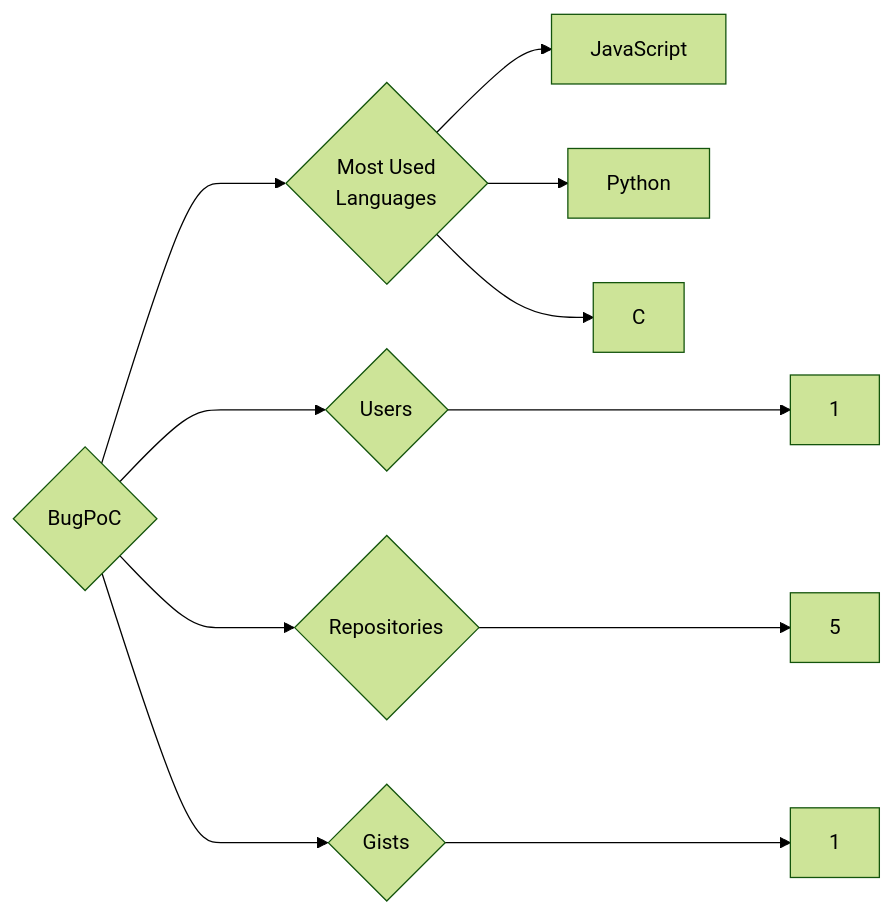
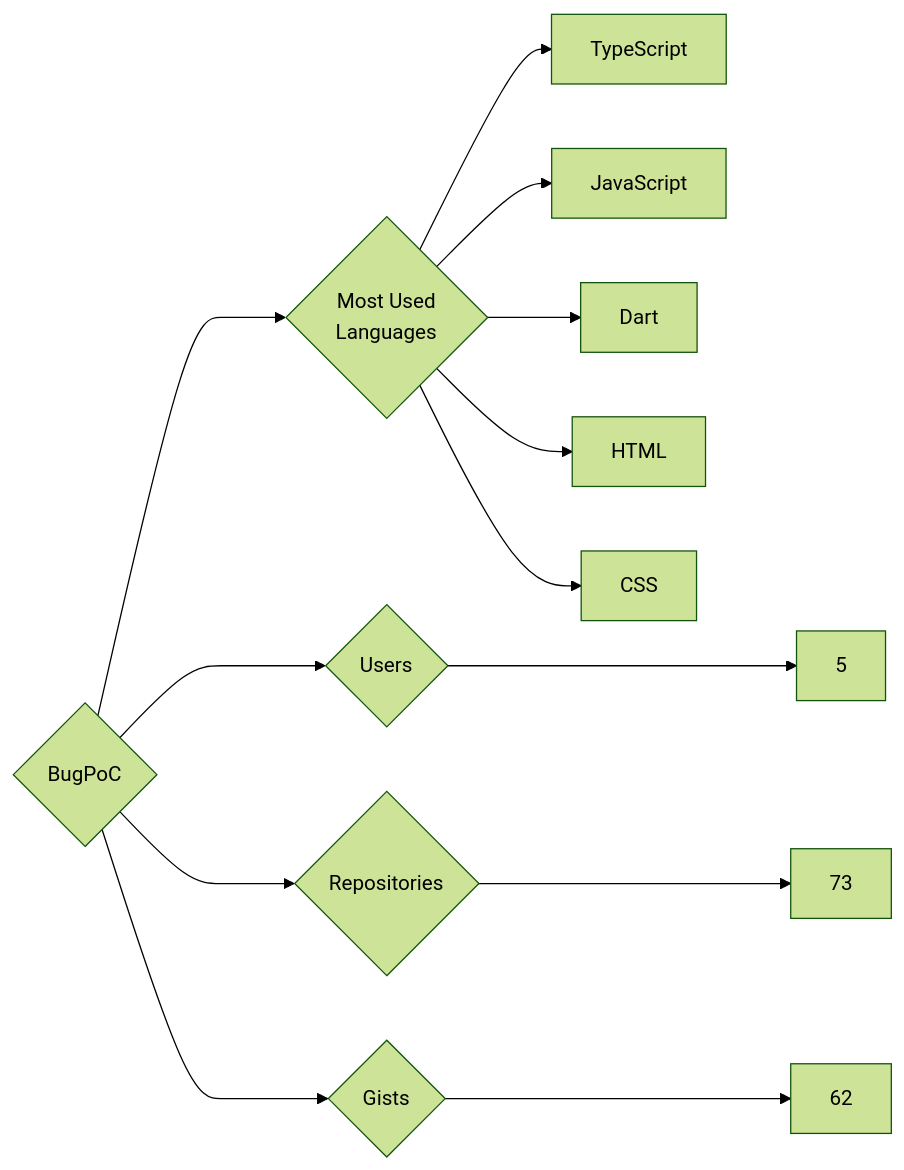
The diagram in targets/BugPoC/README.md (trickest/insiders), drawn with Mermaid (forest theme) before and after one commit. The commit also changed 1084 other files, not shown here.

````diff
--- a/targets/BugPoC/README.md
+++ b/targets/BugPoC/README.md
@@ -3,11 +3,13 @@
 ```mermaid
 graph LR
 COMPANY_NAME{BugPoC}
-COMPANY_NAME ---> U{Users} ---> UN[1]
-COMPANY_NAME ---> R{Repositories} ---> RN[5]
-COMPANY_NAME ---> G{Gists} ---> GN[1]
+COMPANY_NAME ---> U{Users} ---> UN[5]
+COMPANY_NAME ---> R{Repositories} ---> RN[73]
+COMPANY_NAME ---> G{Gists} ---> GN[62]
 COMPANY_NAME ---> ML{Most Used<br>Languages}
+ML --> TypeScript[TypeScript]
 ML --> JavaScript[JavaScript]
-ML --> Python[Python]
-ML --> C[C]
+ML --> Dart[Dart]
+ML --> HTML[HTML]
+ML --> CSS[CSS]
 ```
````
